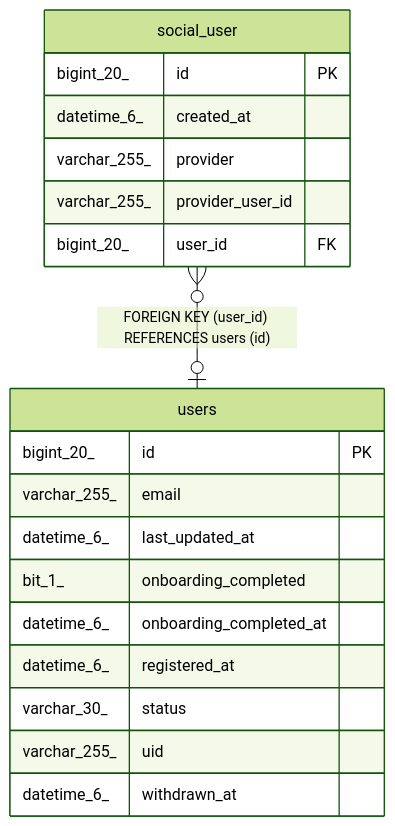
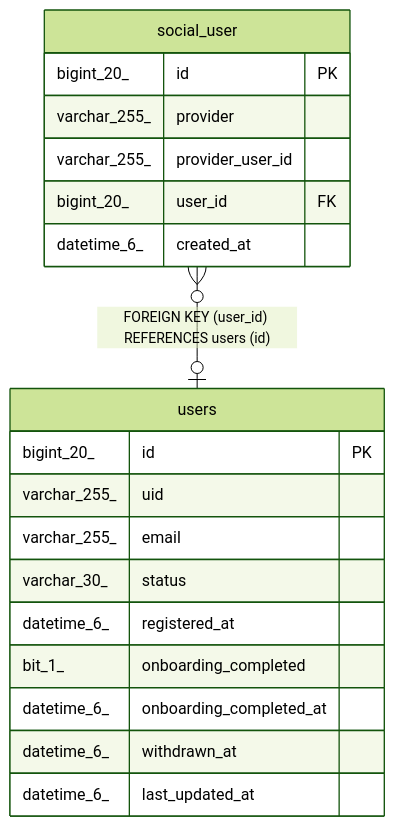
Before and after one commit to makevook/vook-server: the diagram in docs/schema/social_user.md, drawn with Mermaid (forest theme). The commit also changed other lines of this file and 11 other files, not shown here.

````diff
--- a/docs/schema/social_user.md
+++ b/docs/schema/social_user.md
@@ -49,24 +51,24 @@
 ```mermaid
 erDiagram
 
 "social_user" }o--o| "users" : "FOREIGN KEY (user_id) REFERENCES users (id)"
 
 "social_user" {
   bigint_20_ id PK
-  datetime_6_ created_at
   varchar_255_ provider
   varchar_255_ provider_user_id
   bigint_20_ user_id FK
+  datetime_6_ created_at
 }
 "users" {
   bigint_20_ id PK
+  varchar_255_ uid
   varchar_255_ email
-  datetime_6_ last_updated_at
+  varchar_30_ status
+  datetime_6_ registered_at
   bit_1_ onboarding_completed
   datetime_6_ onboarding_completed_at
-  datetime_6_ registered_at
-  varchar_30_ status
-  varchar_255_ uid
   datetime_6_ withdrawn_at
+  datetime_6_ last_updated_at
 }
 ```
````
